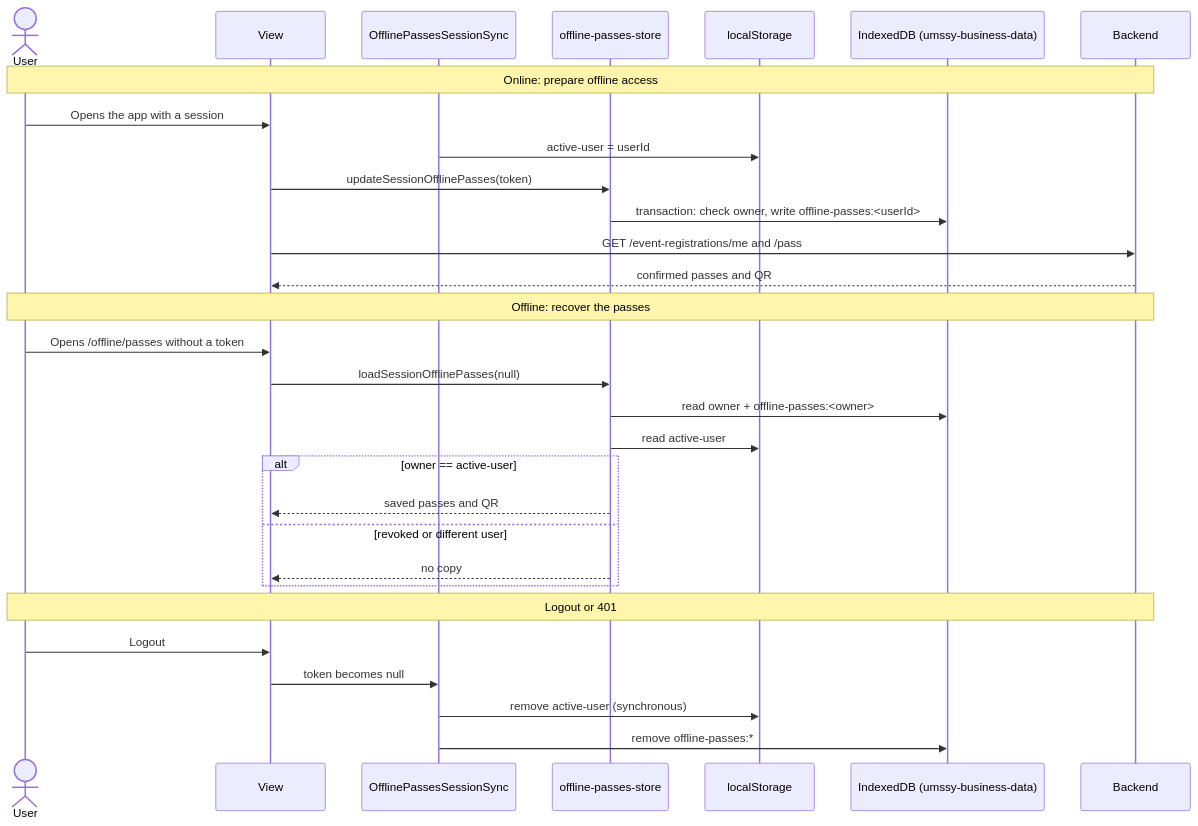
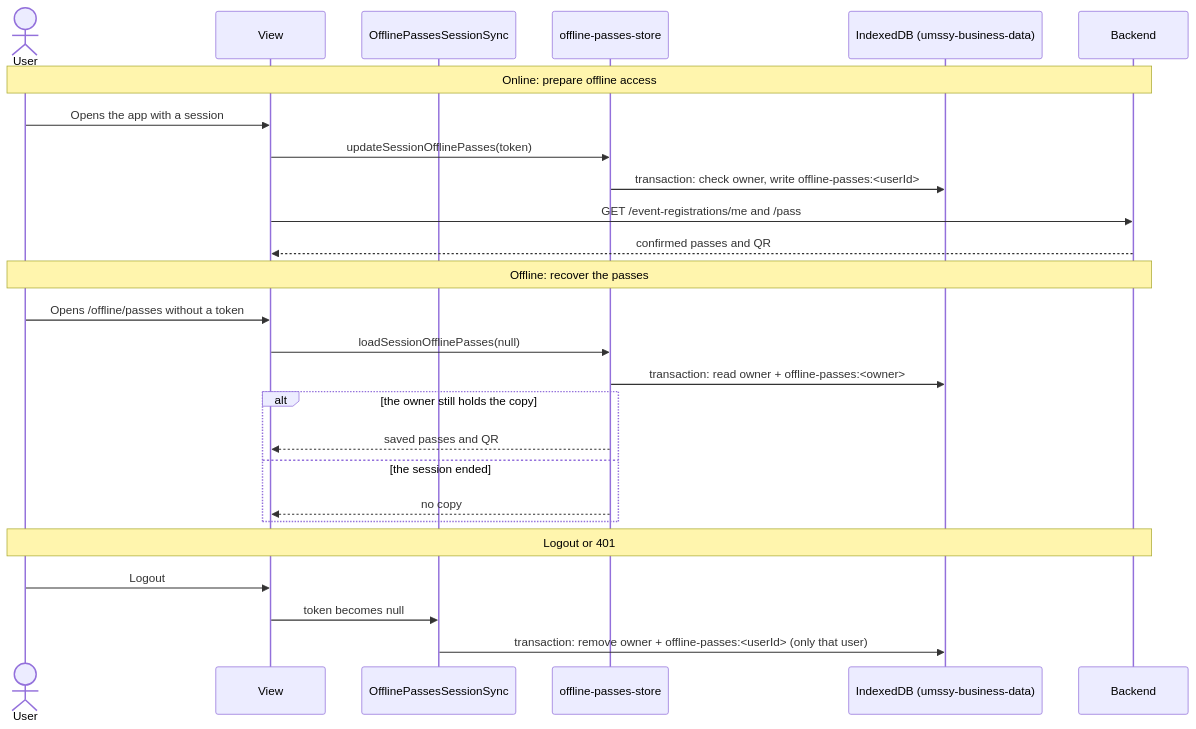
One commit to UMSSY/umssy-app changed the diagram in docs/auth/README.md. Above: the diagram before and after it, drawn with Mermaid. The commit also changed other lines of this file and 1 other file, not shown here.

````diff
--- a/docs/auth/README.md
+++ b/docs/auth/README.md
@@ -55,35 +57,31 @@
 ```mermaid
 sequenceDiagram
   actor U as User
   participant V as View
   participant S as OfflinePassesSessionSync
   participant P as offline-passes-store
-  participant LS as localStorage
   participant DB as IndexedDB (umssy-business-data)
   participant API as Backend
 
   Note over U,API: Online: prepare offline access
   U->>V: Opens the app with a session
-  S->>LS: active-user = userId
   V->>P: updateSessionOfflinePasses(token)
   P->>DB: transaction: check owner, write offline-passes:<userId>
   V->>API: GET /event-registrations/me and /pass
   API-->>V: confirmed passes and QR
 
   Note over U,API: Offline: recover the passes
   U->>V: Opens /offline/passes without a token
   V->>P: loadSessionOfflinePasses(null)
-  P->>DB: read owner + offline-passes:<owner>
-  P->>LS: read active-user
-  alt owner == active-user
+  P->>DB: transaction: read owner + offline-passes:<owner>
+  alt the owner still holds the copy
     P-->>V: saved passes and QR
-  else revoked or different user
+  else the session ended
     P-->>V: no copy
   end
 
   Note over U,API: Logout or 401
   U->>V: Logout
   V->>S: token becomes null
-  S->>LS: remove active-user (synchronous)
-  S->>DB: remove offline-passes:*
+  S->>DB: transaction: remove owner + offline-passes:<userId> (only that user)
 ```
````
